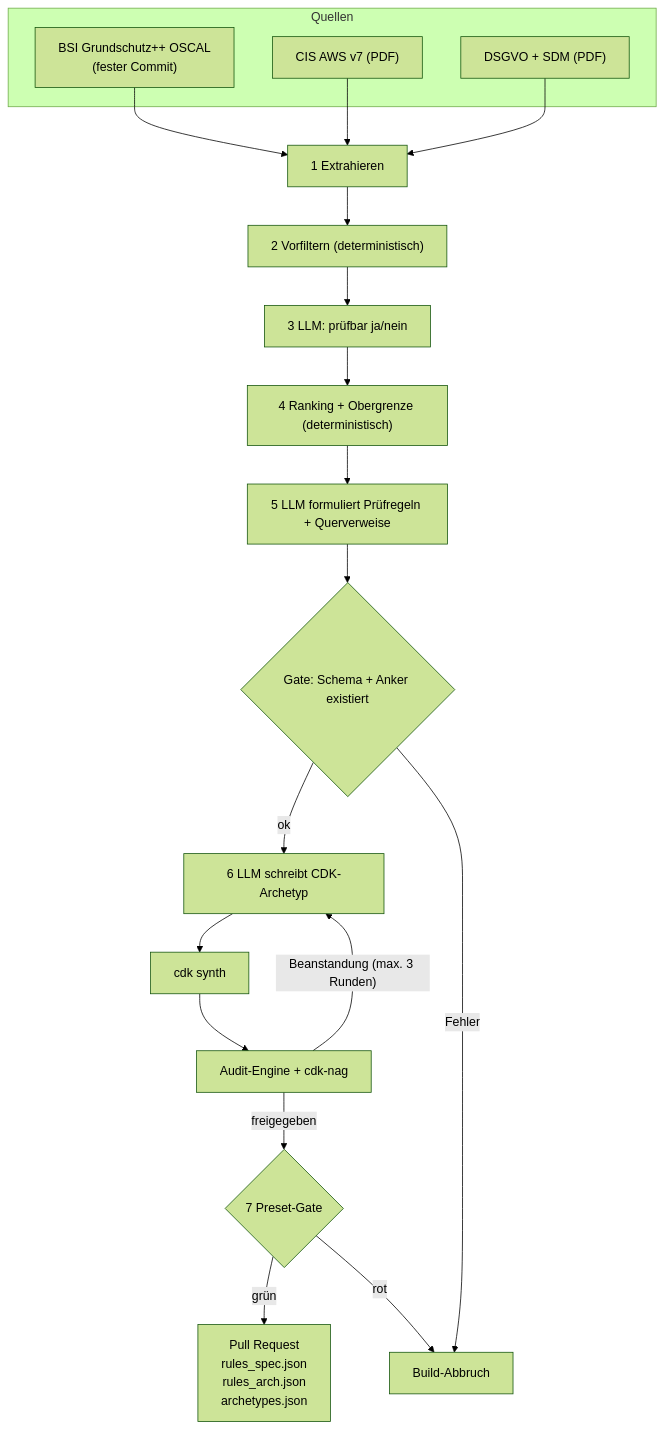
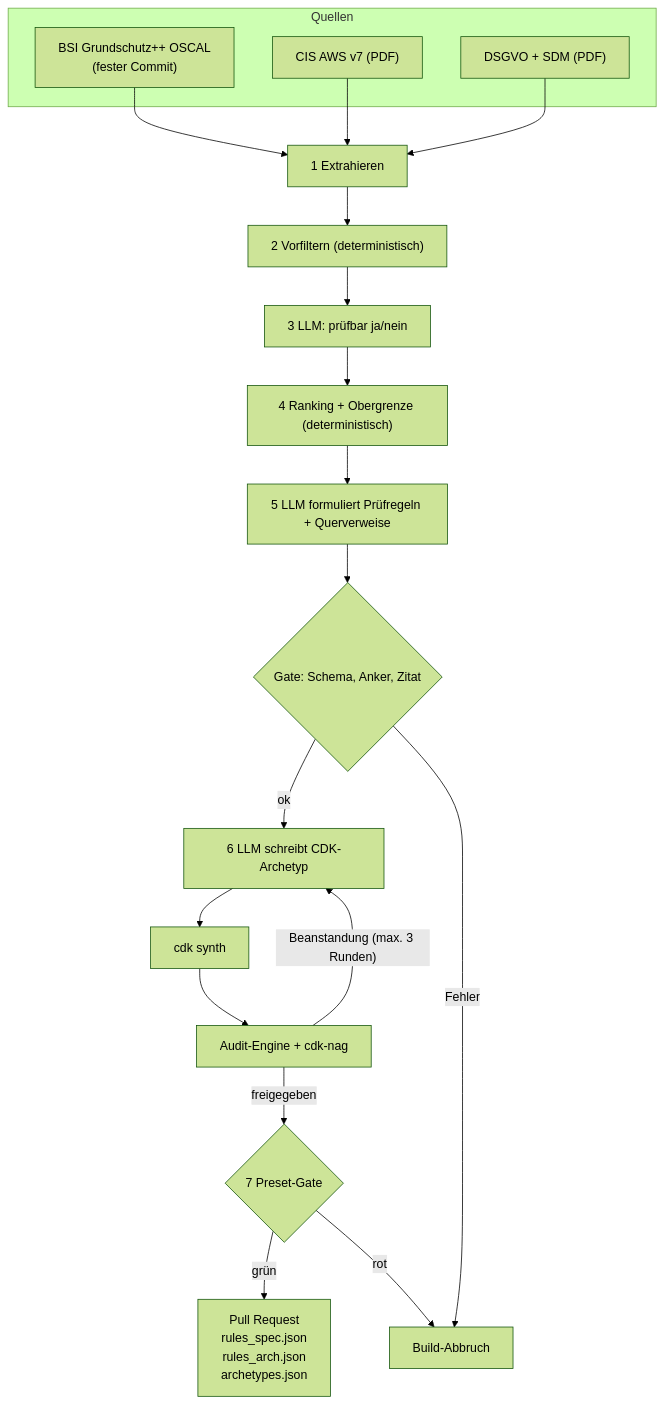
The first of 4 diagrams in docs/ARCHITECTURE.md (Daniel74/GovGuard), drawn with Mermaid (forest theme) before and after one commit. The commit also changed other lines of this file, not shown here.

Commit message:
Clarification of gate check in kb build process

````diff
--- a/docs/ARCHITECTURE.md
+++ b/docs/ARCHITECTURE.md
@@ -21,22 +21,22 @@
 ```mermaid
 flowchart TD
   subgraph Q[Quellen]
     BSI["BSI Grundschutz++ OSCAL<br/>(fester Commit)"]
     CIS["CIS AWS v7 (PDF)"]
     DS["DSGVO + SDM (PDF)"]
   end
   BSI & CIS & DS --> E["1 Extrahieren"]
   E --> F["2 Vorfiltern (deterministisch)"]
   F --> K["3 LLM: prüfbar ja/nein"]
   K --> R["4 Ranking + Obergrenze (deterministisch)"]
   R --> P["5 LLM formuliert Prüfregeln + Querverweise"]
-  P --> G1{"Gate: Schema + Anker existiert"}
+  P --> G1{"Gate: Schema, Anker, Zitat"}
   G1 -->|ok| A["6 LLM schreibt CDK-Archetyp"]
   A --> S["cdk synth"]
   S --> AE["Audit-Engine + cdk-nag"]
   AE -->|"Beanstandung (max. 3 Runden)"| A
   AE -->|freigegeben| PR{"7 Preset-Gate"}
   PR -->|grün| KB["Pull Request<br/>rules_spec.json<br/>rules_arch.json<br/>archetypes.json"]
   G1 -->|Fehler| X["Build-Abbruch"]
   PR -->|rot| X
 ```
````
